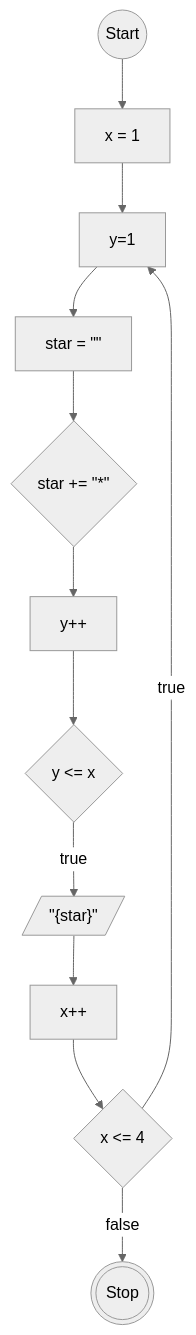
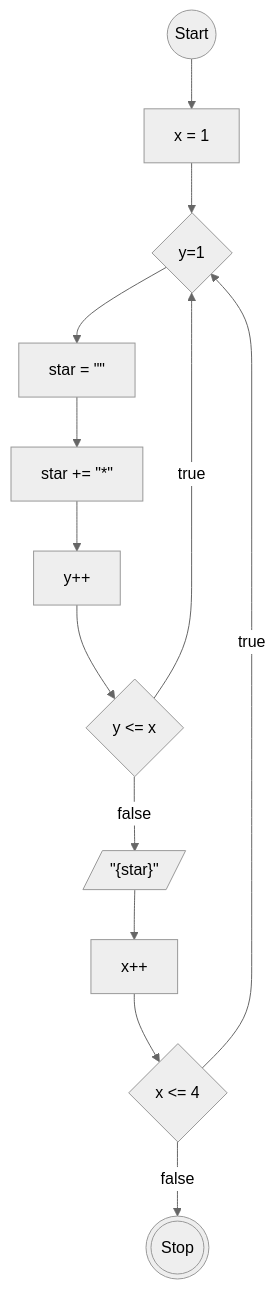
Before and after one commit to almarufh/Koda-B8-HomeWork1: the diagram in do-whileStar.md, drawn with Mermaid (neutral theme). The commit also changed other lines of this file, not shown here.

````diff
--- a/do-whileStar.md
+++ b/do-whileStar.md
@@ -7,21 +7,22 @@
 ```mermaid
 
 flowchart TD
 
 A@{shape: circle, label: Start}
 B@{shape: diamond, label: "x <= 4"}
 C@{shape: rect, label: 'star = ""'}
 D@{shape: dbl-circ, label: Stop}
-E@{shape: rect, label: "y=1"}
+E@{shape: diamond, label: "y=1"}
 F@{shape: diamond, label: "y <= x"}
-G@{shape: diamond, label: 'star += "*"'}
+G@{shape: rect, label: 'star += "*"'}
 H@{shape: rect, label: "y++"}
 I@{shape: lean-r, label: '"{star}"'}
 J@{shape: rect, label: "x++"}
 K@{shape: rect, label: "x = 1"}
 
-A --> K --> E --> C --> G --> H --> F 
-F --true--> I --> J --> B
+A --> K --> E --> C --> G --> H --> F
+F --false--> I --> J --> B
 B --false--> D
 B --true--> E
+F --true--> E
 ```
````
